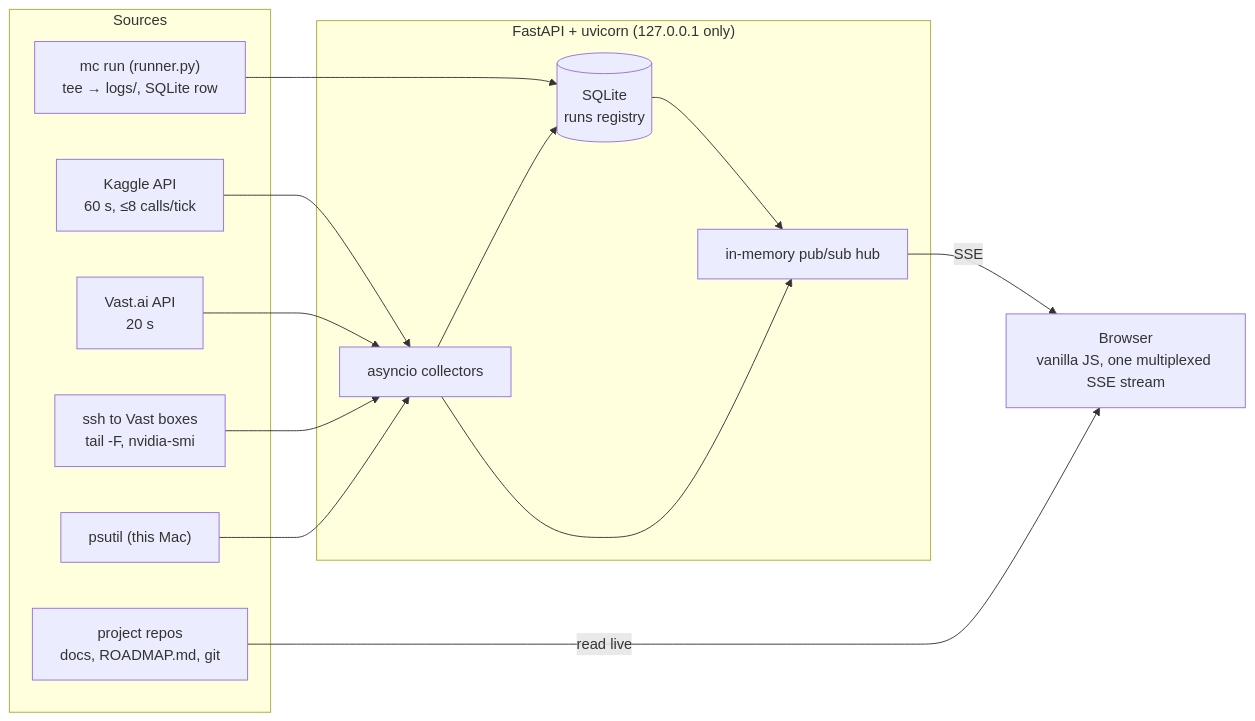
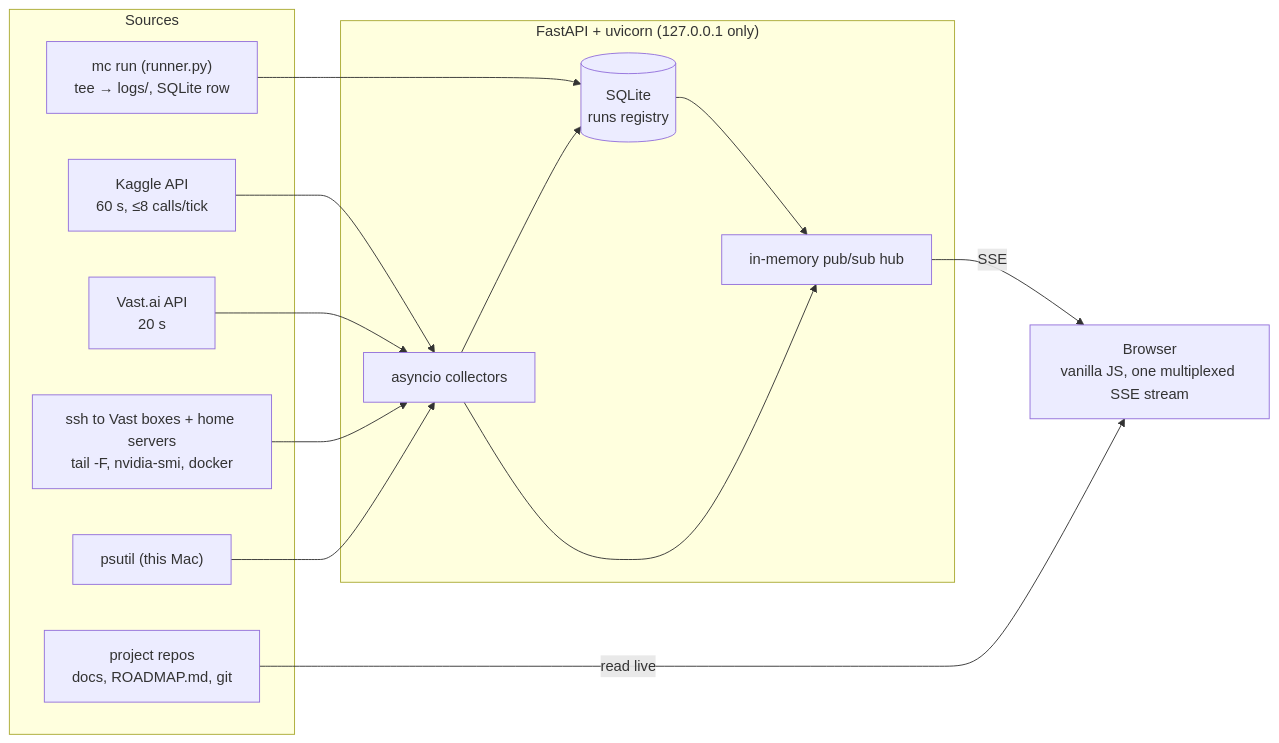
One commit to poehlers/mission-control changed the diagram in README.md. Above: the diagram before and after it, drawn with Mermaid. The commit also changed other lines of this file and 11 other files, not shown here.

First line of the commit message:
Home servers: ssh health, docker containers, log discovery and mc run --on

````diff
--- a/README.md
+++ b/README.md
@@ -50,27 +51,27 @@
 ```mermaid
 flowchart LR
   subgraph sources[Sources]
     L["mc run (runner.py)<br/>tee → logs/, SQLite row"]
     K["Kaggle API<br/>60 s, ≤8 calls/tick"]
     V["Vast.ai API<br/>20 s"]
-    S["ssh to Vast boxes<br/>tail -F, nvidia-smi"]
+    S["ssh to Vast boxes + home servers<br/>tail -F, nvidia-smi, docker"]
     P["psutil (this Mac)"]
     R["project repos<br/>docs, ROADMAP.md, git"]
   end
   subgraph server["FastAPI + uvicorn (127.0.0.1 only)"]
     C["asyncio collectors"]
     DB[("SQLite<br/>runs registry")]
     H["in-memory pub/sub hub"]
   end
   B["Browser<br/>vanilla JS, one multiplexed SSE stream"]
   L --> DB
   K --> C
   V --> C
   S --> C
   P --> C
   C --> DB
   C --> H
   DB --> H
   H -- SSE --> B
   R -- read live --> B
 ```
````
